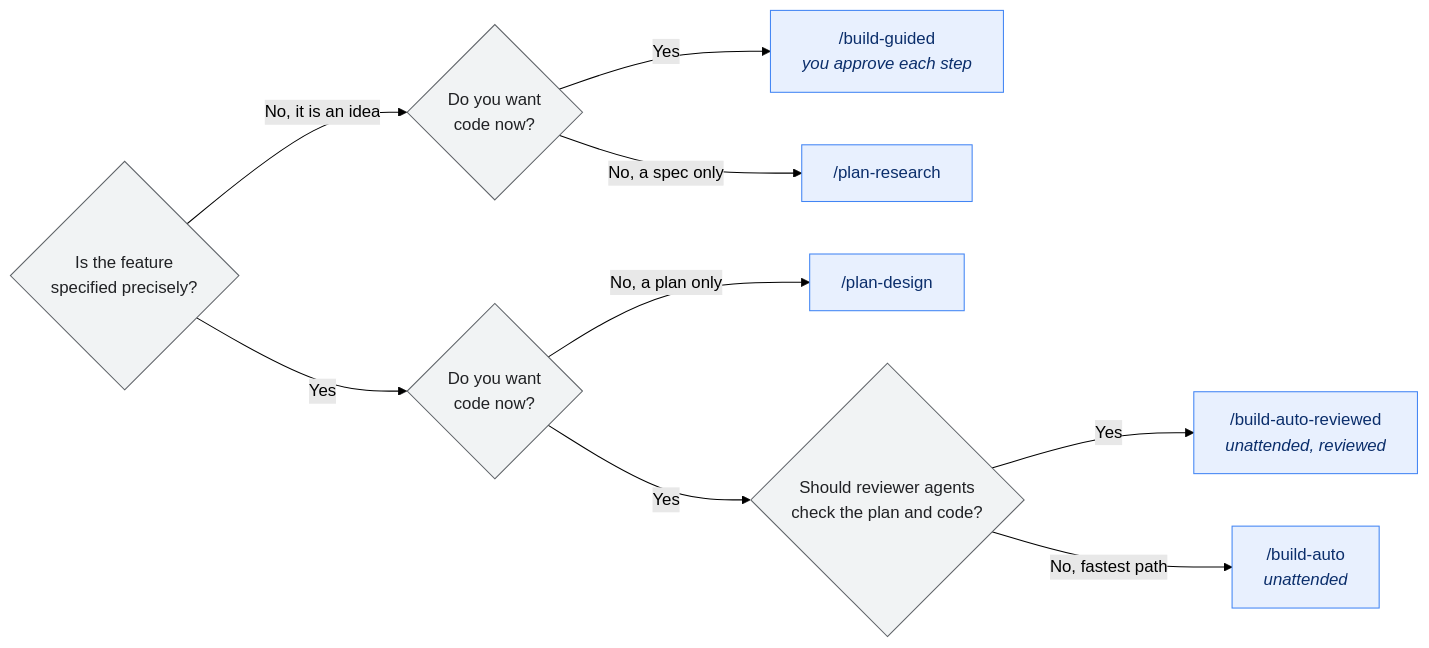
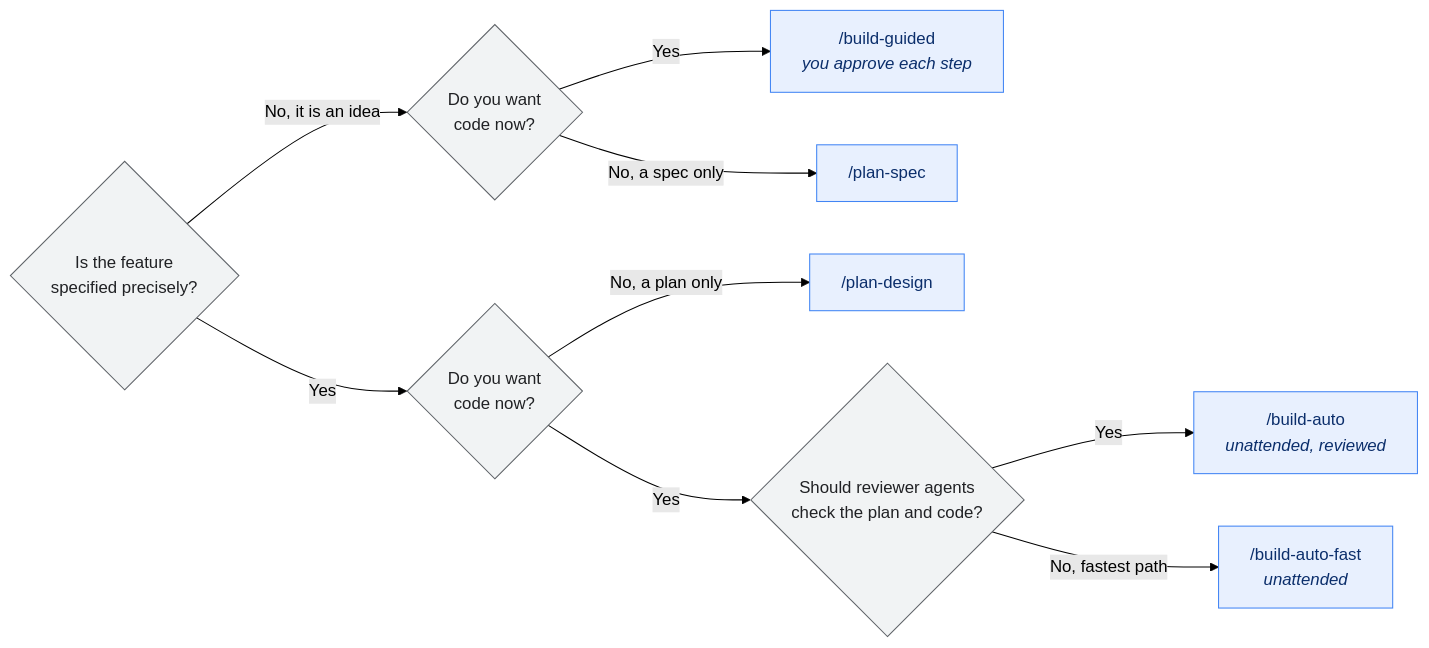
Before and after one commit to jaxvy/agentic-dev-team: the third of 3 diagrams in README.md, drawn with Mermaid (forest theme). The commit also changed other lines of this file and 47 other files, not shown here.

First line of the commit message:
Rename the build and plan commands

````diff
--- a/README.md
+++ b/README.md
@@ -184,17 +184,17 @@
 ```mermaid
 flowchart LR
   Q1{"Is the feature<br/>specified precisely?"}
   Q1 -- "No, it is an idea" --> Q2{"Do you want<br/>code now?"}
   Q2 -- "Yes" --> G["/build-guided<br/><i>you approve each step</i>"]
-  Q2 -- "No, a spec only" --> PRS["/plan-research"]
+  Q2 -- "No, a spec only" --> PRS["/plan-spec"]
   Q1 -- "Yes" --> Q3{"Do you want<br/>code now?"}
   Q3 -- "No, a plan only" --> PD["/plan-design"]
   Q3 -- "Yes" --> Q4{"Should reviewer agents<br/>check the plan and code?"}
-  Q4 -- "Yes" --> AR["/build-auto-reviewed<br/><i>unattended, reviewed</i>"]
-  Q4 -- "No, fastest path" --> AU["/build-auto<br/><i>unattended</i>"]
+  Q4 -- "Yes" --> AR["/build-auto<br/><i>unattended, reviewed</i>"]
+  Q4 -- "No, fastest path" --> AU["/build-auto-fast<br/><i>unattended</i>"]
 
   classDef cmd fill:#E8F0FE,stroke:#4285F4,color:#0B2E6B
   classDef ask fill:#F1F3F4,stroke:#5F6368,color:#202124
   class G,PRS,PD,AR,AU cmd
   class Q1,Q2,Q3,Q4 ask
 ```
````
